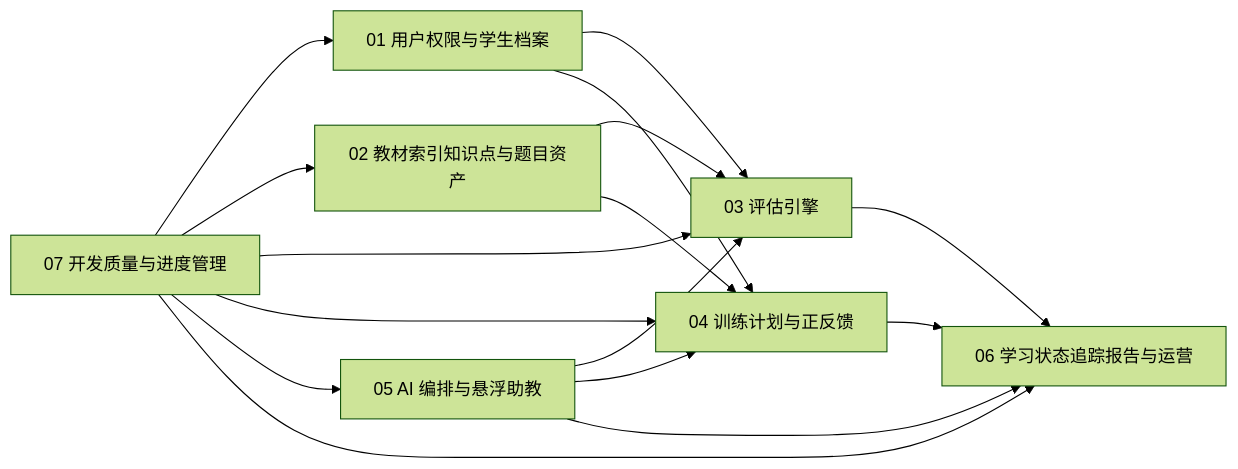
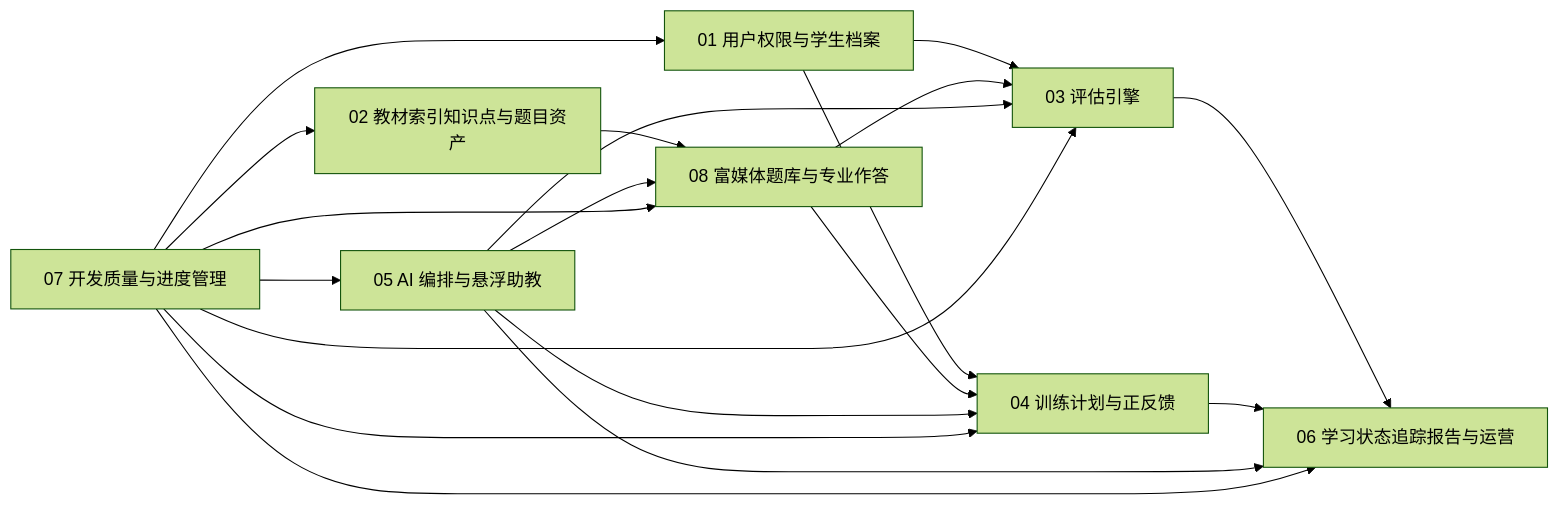
The diagram in doc/module-design/00-模块总览与开发计划.md (angelash/StudyAgent), drawn with Mermaid (forest theme) before and after one commit. The commit also changed other lines of this file and 8 other files, not shown here.

````diff
--- a/doc/module-design/00-模块总览与开发计划.md
+++ b/doc/module-design/00-模块总览与开发计划.md
@@ -46,26 +54,30 @@
 ```mermaid
 flowchart LR
     A[01 用户权限与学生档案]
     B[02 教材索引知识点与题目资产]
     C[03 评估引擎]
     D[04 训练计划与正反馈]
     E[05 AI 编排与悬浮助教]
     F[06 学习状态追踪报告与运营]
     G[07 开发质量与进度管理]
+    H[08 富媒体题库与专业作答]
 
     A --> C
     A --> D
-    B --> C
-    B --> D
+    B --> H
+    H --> C
+    H --> D
+    E --> H
     E --> C
     E --> D
     C --> F
     D --> F
     E --> F
     G --> A
     G --> B
     G --> C
     G --> D
     G --> E
     G --> F
+    G --> H
 ```
````
